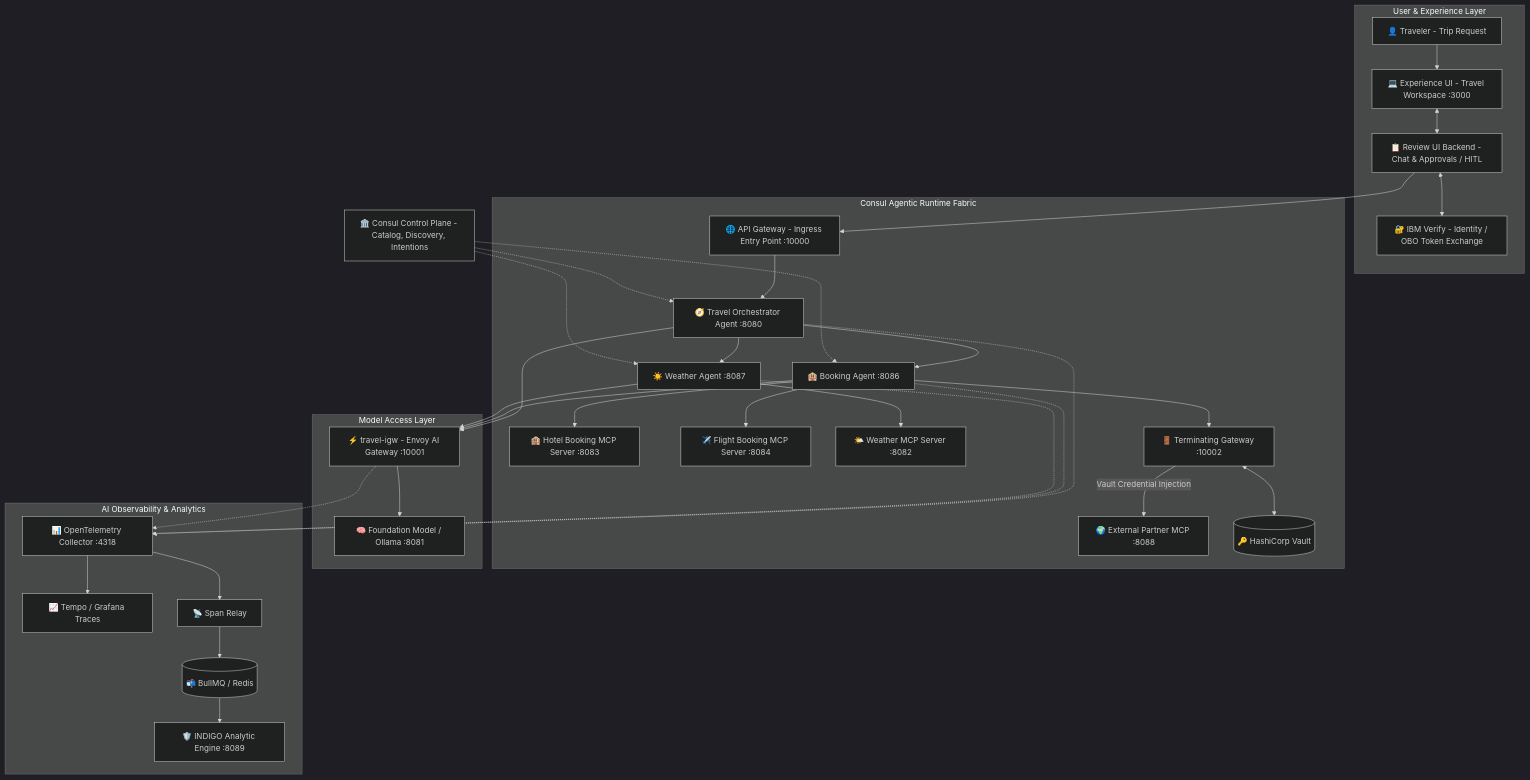
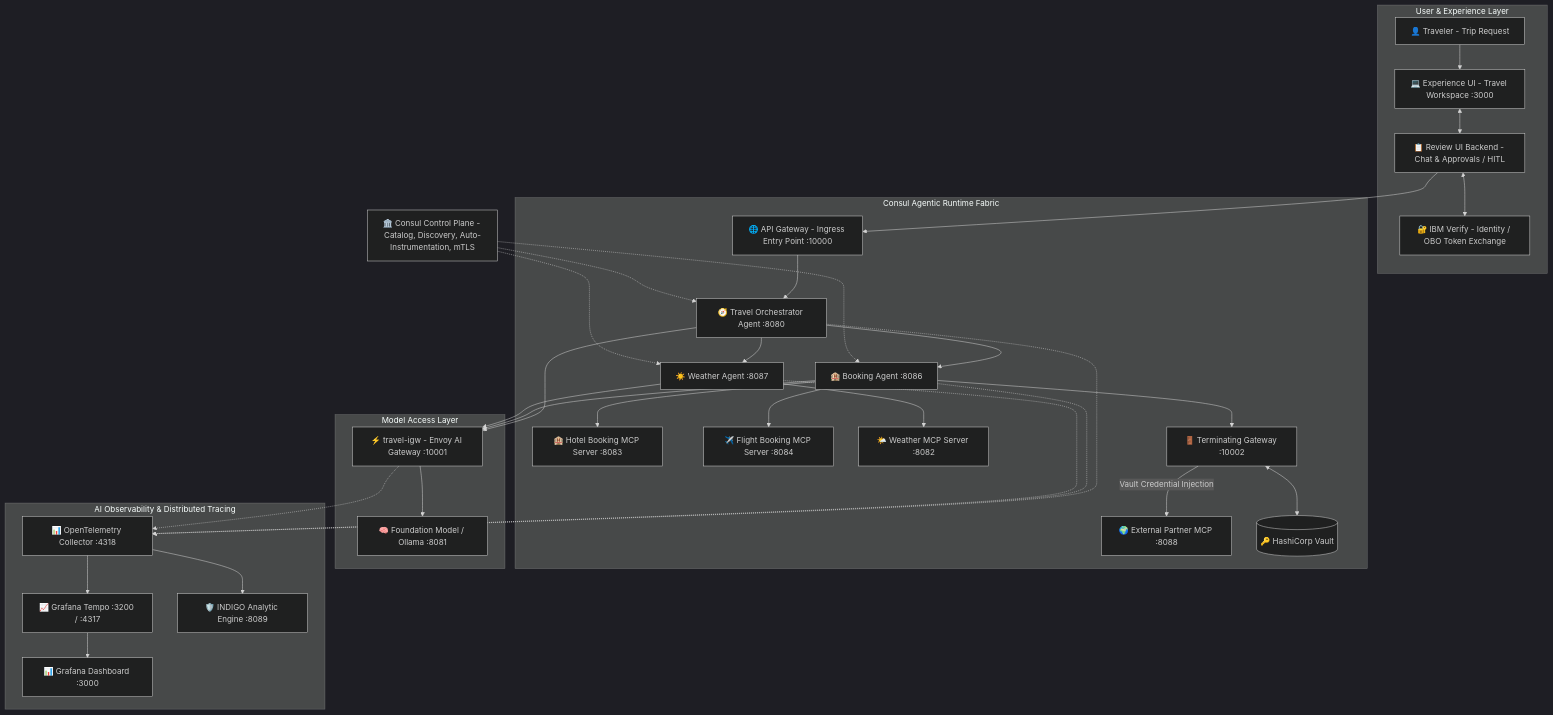
The first of 2 diagrams in README.md (chris-lovett/agentic-travel-mesh), drawn with Mermaid (dark theme) before and after one commit. The commit also changed other lines of this file, not shown here.

Commit message:
docs: highlight full Consul Agentic Mesh Fabric feature matrix and capabilities

````diff
--- a/README.md
+++ b/README.md
@@ -15,47 +17,46 @@
 ```mermaid
 graph TD
     subgraph User & Experience Layer
         Traveler[👤 Traveler - Trip Request] --> ExpUI[💻 Experience UI - Travel Workspace :3000]
         ExpUI <--> ReviewUI[📋 Review UI Backend - Chat & Approvals / HITL]
         ReviewUI <--> Verify[🔐 IBM Verify - Identity / OBO Token Exchange]
     end
 
     subgraph Consul Agentic Runtime Fabric
         EntryGW[🌐 API Gateway - Ingress Entry Point :10000]
         ReviewUI --> EntryGW
         EntryGW --> Orchestrator[🧭 Travel Orchestrator Agent :8080]
         
         Orchestrator --> BookingAgent[🏨 Booking Agent :8086]
         Orchestrator --> WeatherAgent[☀️ Weather Agent :8087]
         
         BookingAgent --> HotelMCP[🏨 Hotel Booking MCP Server :8083]
         BookingAgent --> FlightMCP[✈️ Flight Booking MCP Server :8084]
         WeatherAgent --> WeatherMCP[🌤️ Weather MCP Server :8082]
 
         BookingAgent --> TermGW[🚪 Terminating Gateway :10002]
         TermGW -->|Vault Credential Injection| ExtMCP[🌍 External Partner MCP :8088]
         TermGW <--> Vault[(🔑 HashiCorp Vault)]
     end
 
     subgraph Model Access Layer
         Orchestrator --> TravelIGW[⚡ travel-igw - Envoy AI Gateway :10001]
         BookingAgent --> TravelIGW
         WeatherAgent --> TravelIGW
         TravelIGW --> LLM[🧠 Foundation Model / Ollama :8081]
     end
 
-    subgraph AI Observability & Analytics
+    subgraph AI Observability & Distributed Tracing
         Orchestrator -.-> OTel[📊 OpenTelemetry Collector :4318]
         BookingAgent -.-> OTel
         WeatherAgent -.-> OTel
         TravelIGW -.-> OTel
-        OTel --> Tempo[📈 Tempo / Grafana Traces]
-        OTel --> SpanRelay[📡 Span Relay]
-        SpanRelay --> Queue[(📬 BullMQ / Redis)]
-        Queue --> Indigo[🛡️ INDIGO Analytic Engine :8089]
+        OTel --> Tempo[📈 Grafana Tempo :3200 / :4317]
+        Tempo --> Grafana[📊 Grafana Dashboard :3000]
+        OTel --> Indigo[🛡️ INDIGO Analytic Engine :8089]
     end
 
-    ConsulCP[🏛️ Consul Control Plane - Catalog, Discovery, Intentions] -.-> Orchestrator
+    ConsulCP[🏛️ Consul Control Plane - Catalog, Discovery, Auto-Instrumentation, mTLS] -.-> Orchestrator
     ConsulCP -.-> BookingAgent
     ConsulCP -.-> WeatherAgent
 ```
````
